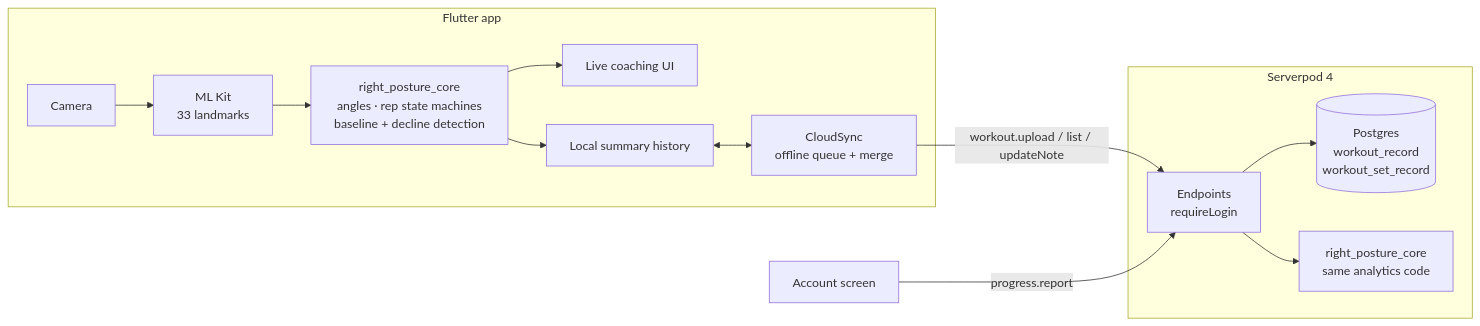
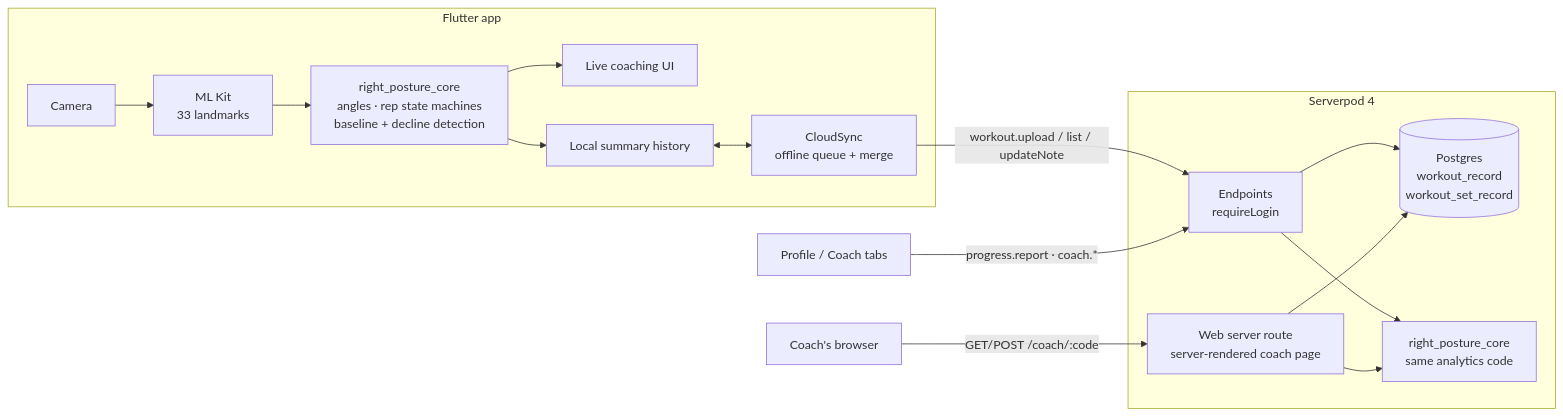
Before and after one commit to itsofficially-sreyash/right-posture-serverpod: the diagram in README.md, drawn with Mermaid. The commit also changed other lines of this file and 47 other files, not shown here.

````diff
--- a/README.md
+++ b/README.md
@@ -38,16 +39,19 @@
 ```mermaid
 flowchart LR
     subgraph Phone [Flutter app]
       A[Camera] --> B[ML Kit<br/>33 landmarks]
       B --> C[right_posture_core<br/>angles · rep state machines<br/>baseline + decline detection]
       C --> D[Live coaching UI]
       C --> E[Local summary history]
       E <--> F[CloudSync<br/>offline queue + merge]
     end
     F -- "workout.upload / list / updateNote" --> G
-    H[Account screen] -- "progress.report" --> G
+    H[Profile / Coach tabs] -- "progress.report · coach.*" --> G
+    K[Coach's browser] -- "GET/POST /coach/:code" --> L
     subgraph Server [Serverpod 4]
       G[Endpoints<br/>requireLogin] --> I[(Postgres<br/>workout_record<br/>workout_set_record)]
       G --> J[right_posture_core<br/>same analytics code]
+      L[Web server route<br/>server-rendered coach page] --> I
+      L --> J
     end
 ```
````
